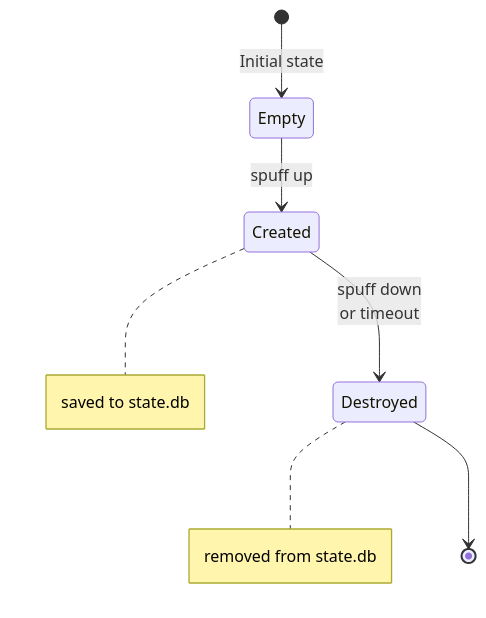
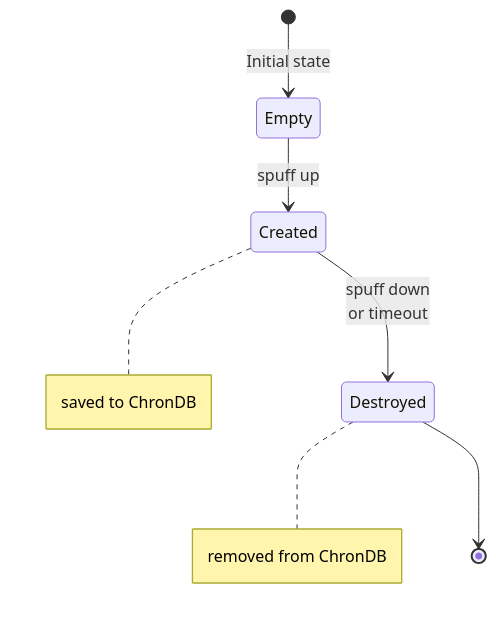
One commit to avelino/spuff changed the third of 5 diagrams in docs/architecture.md. Above: the diagram before and after it, drawn with Mermaid. The commit also changed other lines of this file and 6 other files, not shown here.

````diff
--- a/docs/architecture.md
+++ b/docs/architecture.md
@@ -717,16 +722,16 @@
 ```mermaid
 stateDiagram-v2
     [*] --> Empty: Initial state
     Empty --> Created: spuff up
     Created --> Destroyed: spuff down<br/>or timeout
 
     note right of Created
-        saved to state.db
+        saved to ChronDB
     end note
 
     note right of Destroyed
-        removed from state.db
+        removed from ChronDB
     end note
 
     Destroyed --> [*]
 ```
````
